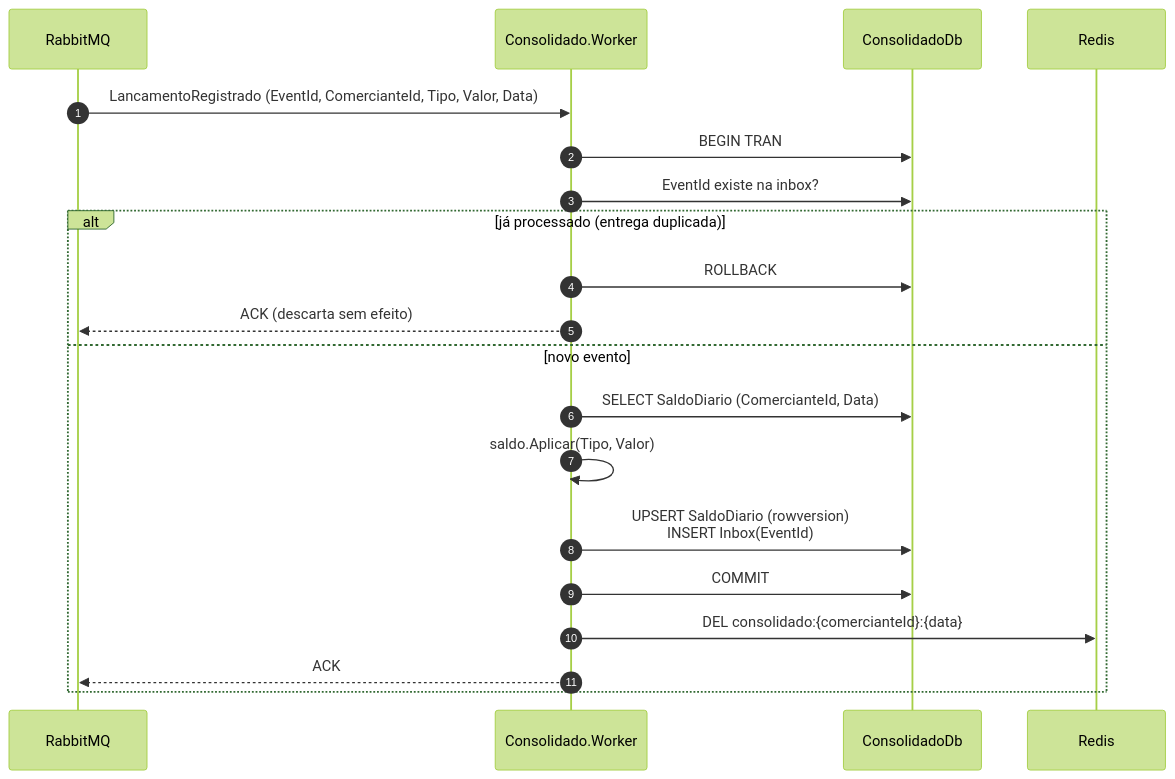
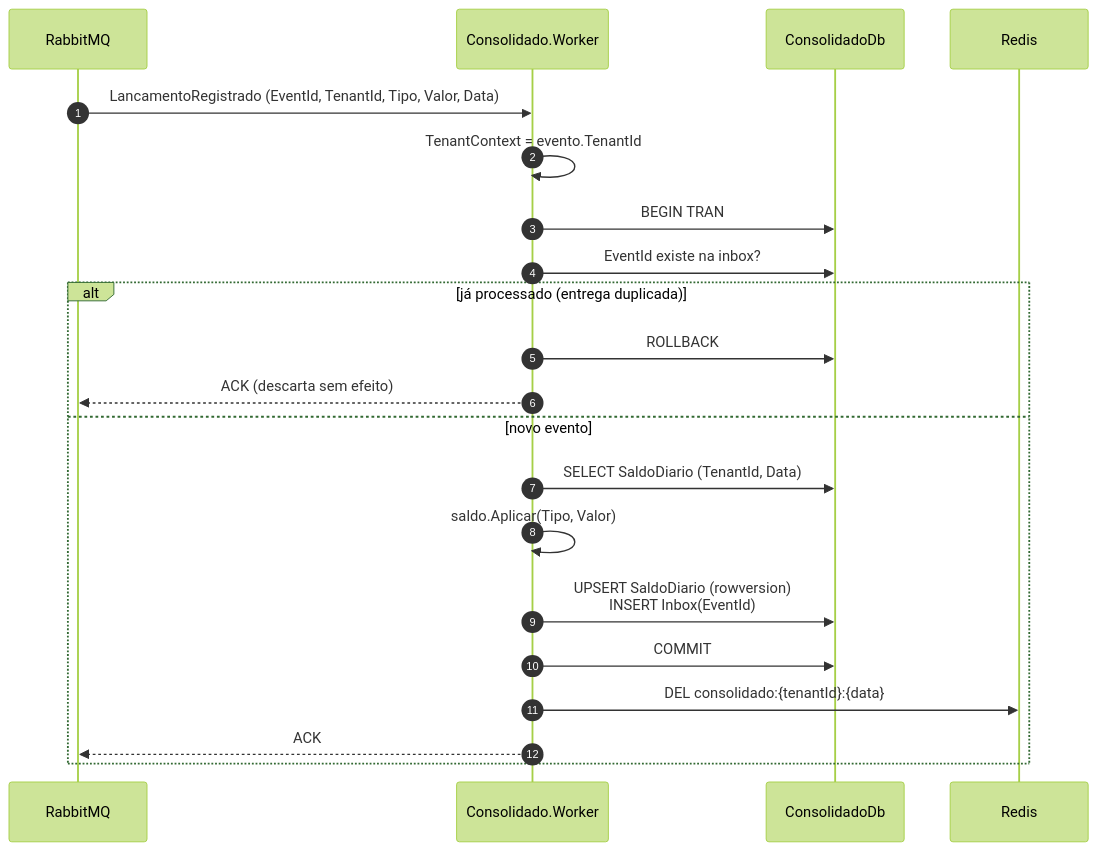
The second of 13 diagrams in docs/architecture/fluxos.md (igorwaterloo/Verx-desafio20260922), drawn with Mermaid (forest theme) before and after one commit. The commit also changed other lines of this file and 1 other file, not shown here.

````diff
--- a/docs/architecture/fluxos.md
+++ b/docs/architecture/fluxos.md
@@ -60,23 +66,24 @@
 ```mermaid
 sequenceDiagram
     autonumber
     participant MQ as RabbitMQ
     participant WK as Consolidado.Worker
     participant CDB as ConsolidadoDb
     participant R as Redis
 
-    MQ->>WK: LancamentoRegistrado (EventId, ComercianteId, Tipo, Valor, Data)
+    MQ->>WK: LancamentoRegistrado (EventId, TenantId, Tipo, Valor, Data)
+    WK->>WK: TenantContext = evento.TenantId
     WK->>CDB: BEGIN TRAN
     WK->>CDB: EventId existe na inbox?
     alt já processado (entrega duplicada)
         WK->>CDB: ROLLBACK
         WK-->>MQ: ACK (descarta sem efeito)
     else novo evento
-        WK->>CDB: SELECT SaldoDiario (ComercianteId, Data)
+        WK->>CDB: SELECT SaldoDiario (TenantId, Data)
         WK->>WK: saldo.Aplicar(Tipo, Valor)
         WK->>CDB: UPSERT SaldoDiario (rowversion)<br/>INSERT Inbox(EventId)
         WK->>CDB: COMMIT
-        WK->>R: DEL consolidado:{comercianteId}:{data}
+        WK->>R: DEL consolidado:{tenantId}:{data}
         WK-->>MQ: ACK
     end
 ```
````
